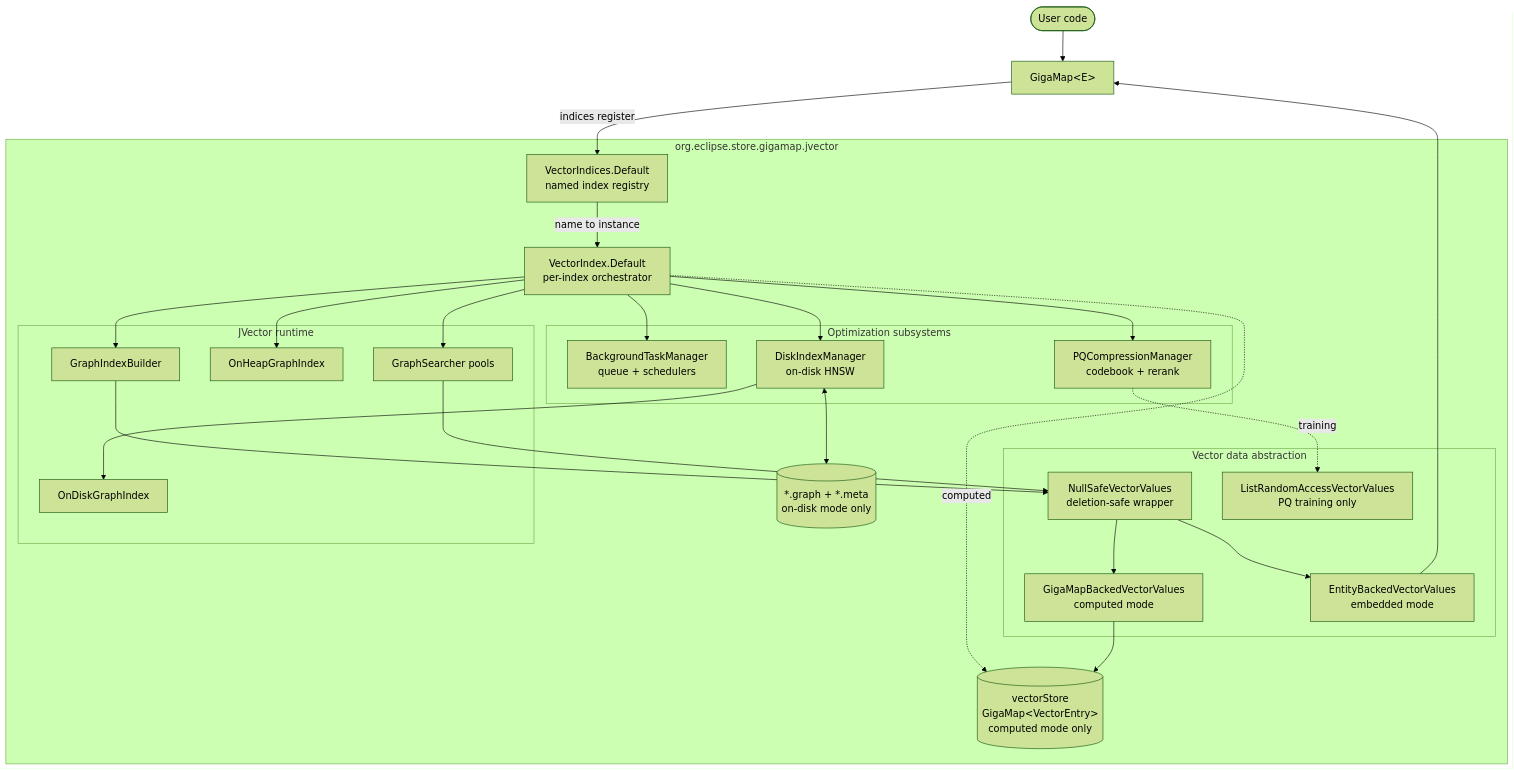
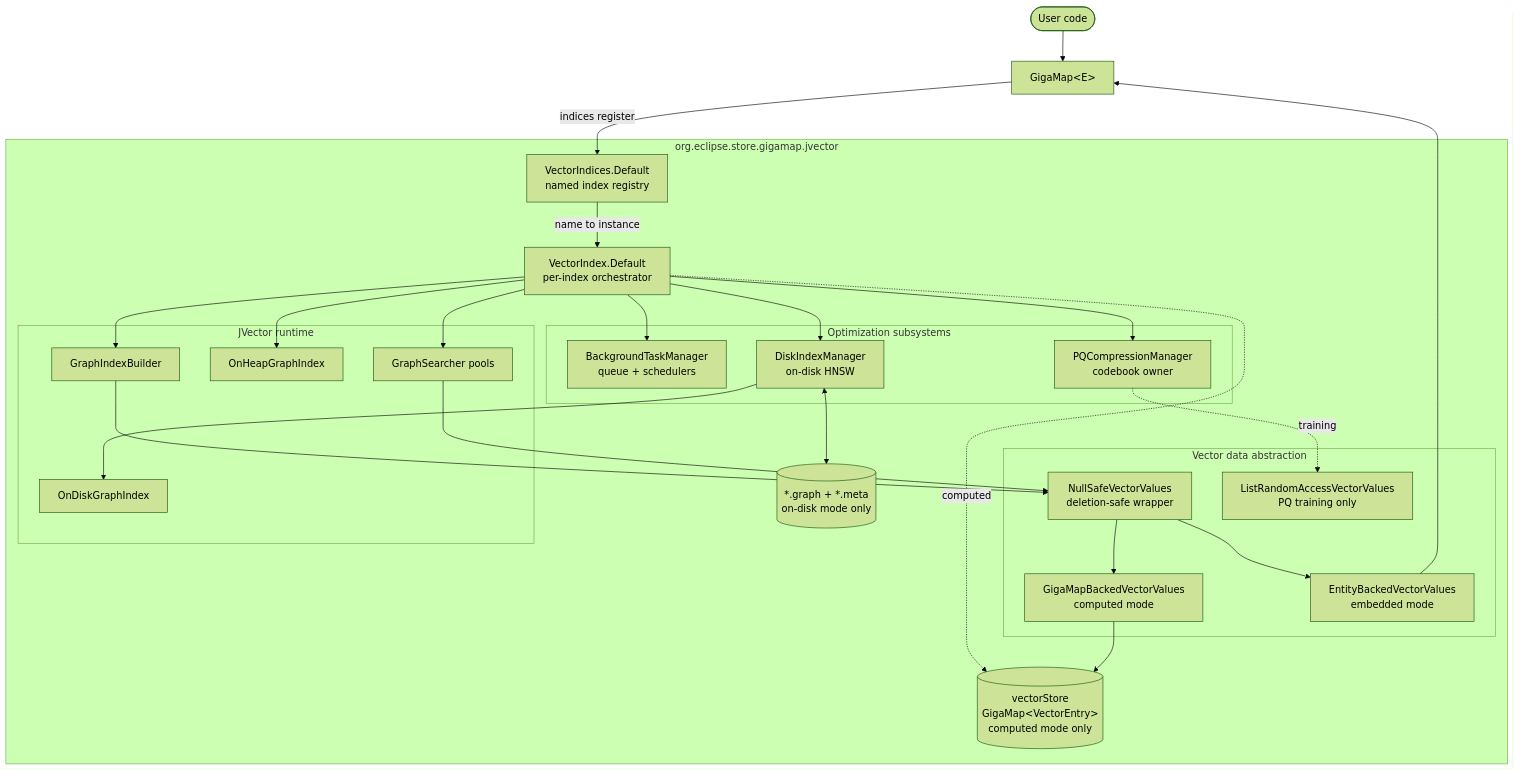
One commit to eclipse-store/store changed the first of 10 diagrams in gigamap/jvector/ARCHITECTURE.md. Above: the diagram before and after it, drawn with Mermaid (forest theme). The commit also changed other lines of this file and 16 other files, not shown here.

````diff
--- a/gigamap/jvector/ARCHITECTURE.md
+++ b/gigamap/jvector/ARCHITECTURE.md
@@ -31,53 +31,53 @@
 ```mermaid
 flowchart TB
     User(["User code"])
     GigaMap["GigaMap#lt;E#gt;"]
 
     subgraph Module["org.eclipse.store.gigamap.jvector"]
         VIs["VectorIndices.Default<br/>named index registry"]
         VI["VectorIndex.Default<br/>per-index orchestrator"]
 
         subgraph DataLayer["Vector data abstraction"]
             GBVV["GigaMapBackedVectorValues<br/>computed mode"]
             EBVV["EntityBackedVectorValues<br/>embedded mode"]
             NSVV["NullSafeVectorValues<br/>deletion-safe wrapper"]
             LRAVV["ListRandomAccessVectorValues<br/>PQ training only"]
         end
 
         subgraph Optim["Optimization subsystems"]
             BTM["BackgroundTaskManager<br/>queue + schedulers"]
-            PQM["PQCompressionManager<br/>codebook + rerank"]
+            PQM["PQCompressionManager<br/>codebook owner"]
             DIM["DiskIndexManager<br/>on-disk HNSW"]
         end
 
         subgraph JVectorRT["JVector runtime"]
             Builder["GraphIndexBuilder"]
             OnHeap["OnHeapGraphIndex"]
             OnDisk["OnDiskGraphIndex"]
             Searcher["GraphSearcher pools"]
         end
 
         VStore[("vectorStore<br/>GigaMap#lt;VectorEntry#gt;<br/>computed mode only")]
         Files[("*.graph + *.meta<br/>on-disk mode only")]
     end
 
     User --> GigaMap
     GigaMap -->|"indices register"| VIs
     VIs -->|"name to instance"| VI
     VI --> Builder
     VI --> OnHeap
     VI --> Searcher
     VI -. computed .-> VStore
     VI --> BTM
     VI --> PQM
     VI --> DIM
     DIM --> OnDisk
     DIM <--> Files
     Builder --> NSVV
     Searcher --> NSVV
     NSVV --> GBVV
     NSVV --> EBVV
     GBVV --> VStore
     EBVV --> GigaMap
     PQM -. training .-> LRAVV
 ```
````
